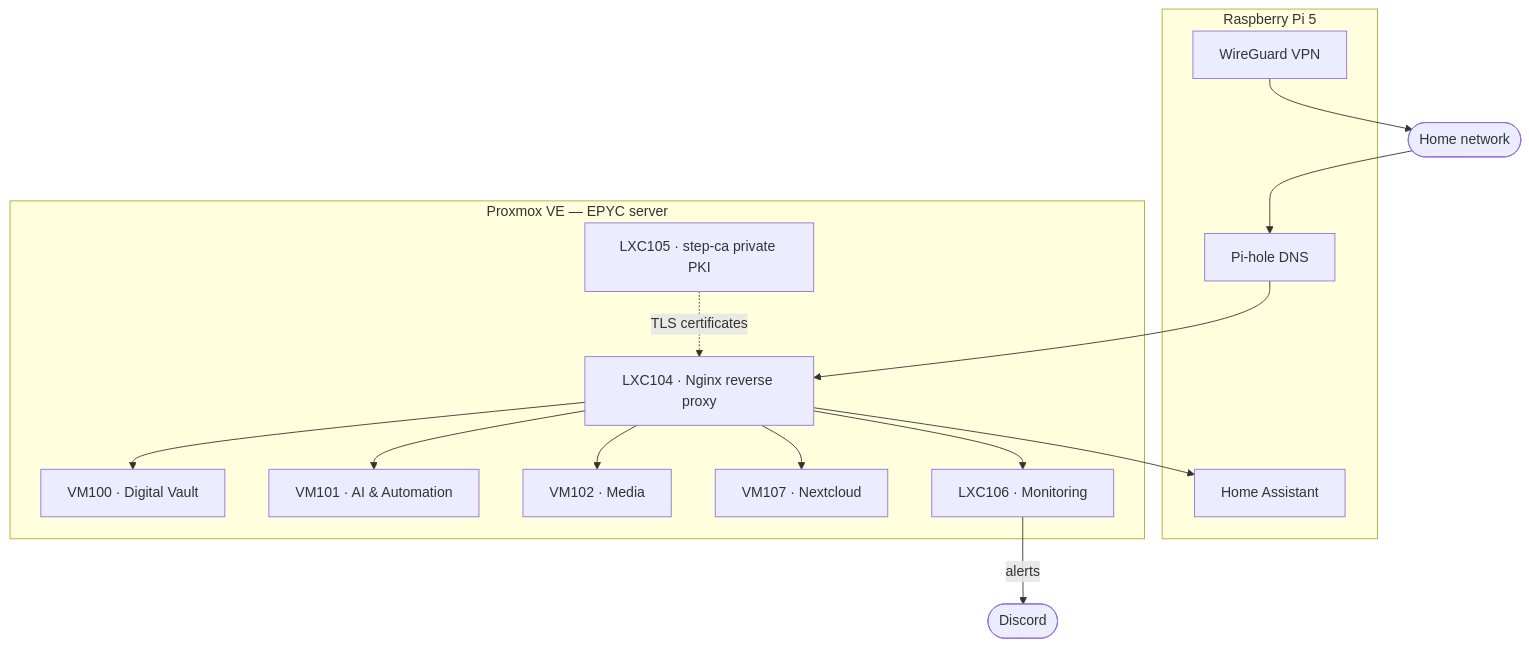
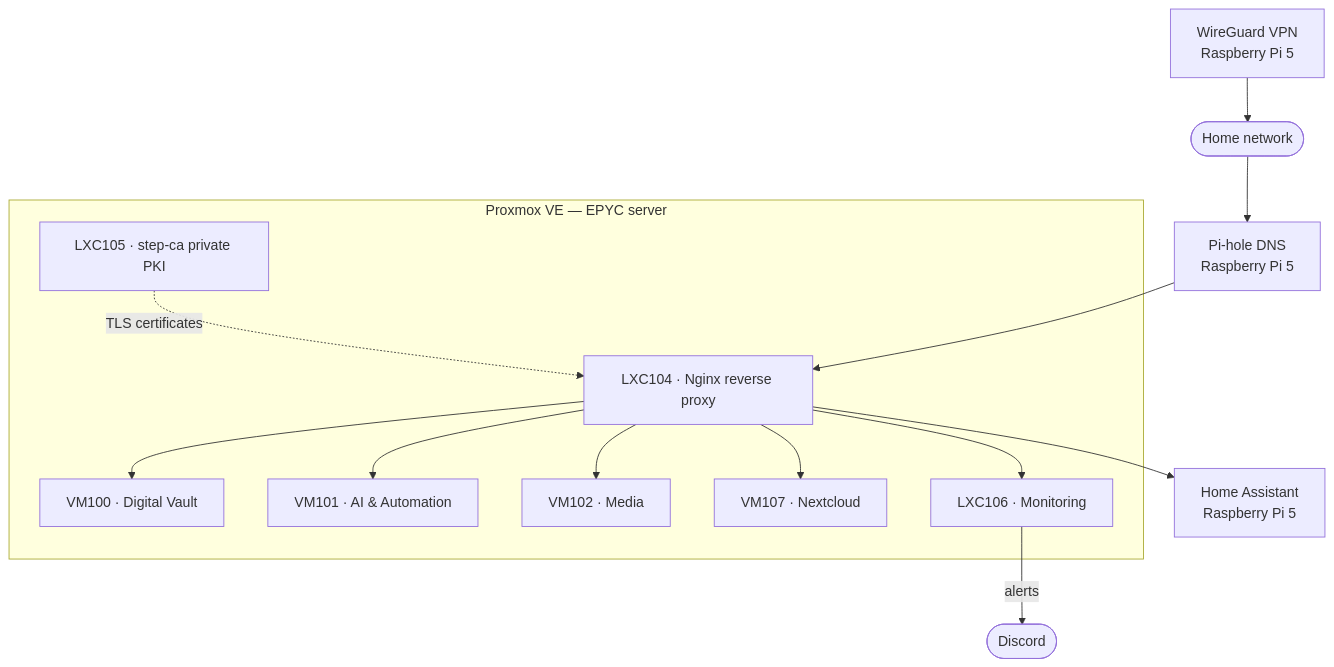
The diagram in README.md (Philip8348/Personal-HomeLab), drawn with Mermaid before and after one commit.

Commit message:
Restore original diagram layout with CA and proxy inside EPYC host

````diff
--- a/README.md
+++ b/README.md
@@ -26,31 +26,18 @@
 ```mermaid
 flowchart TB
-    LAN([Home network]) --> DNS
-
-    subgraph PI[Raspberry Pi 5]
-        DNS[Pi-hole DNS]
-        WG[WireGuard VPN]
-        HA[Home Assistant]
-    end
+    LAN([Home network]) --> DNS[Pi-hole DNS<br/>Raspberry Pi 5]
 
     subgraph PVE[Proxmox VE — EPYC server]
-        RP[LXC104 · Nginx reverse proxy]
-        CA[LXC105 · step-ca private PKI]
-        V100[VM100 · Digital Vault]
-        V101[VM101 · AI & Automation]
-        V102[VM102 · Media]
-        V107[VM107 · Nextcloud]
-        L106[LXC106 · Monitoring]
-        CA -. TLS certificates .-> RP
-        RP --> V100
-        RP --> V101
-        RP --> V102
-        RP --> V107
-        RP --> L106
+        CA[LXC105 · step-ca private PKI] -. TLS certificates .-> RP[LXC104 · Nginx reverse proxy]
+        RP --> V100[VM100 · Digital Vault]
+        RP --> V101[VM101 · AI & Automation]
+        RP --> V102[VM102 · Media]
+        RP --> V107[VM107 · Nextcloud]
+        RP --> L106[LXC106 · Monitoring]
     end
 
     DNS --> RP
-    RP --> HA
-    WG --> LAN
+    RP --> HA[Home Assistant<br/>Raspberry Pi 5]
     L106 -- alerts --> DC([Discord])
+    WG[WireGuard VPN<br/>Raspberry Pi 5] --> LAN
 ```
````
